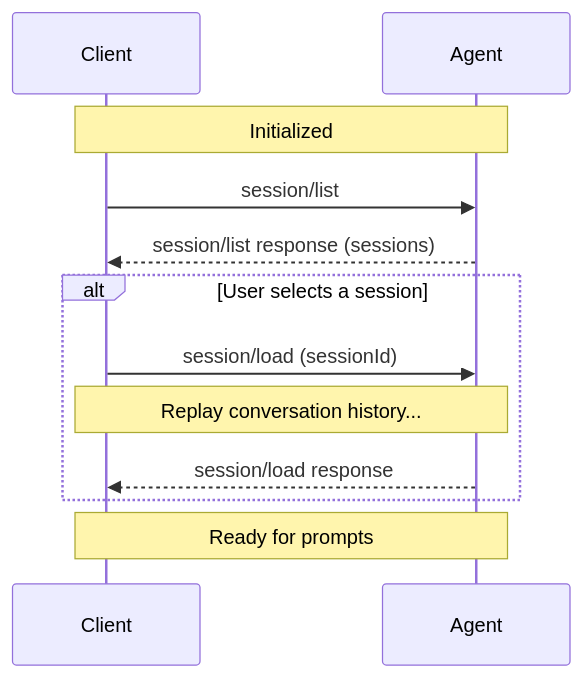
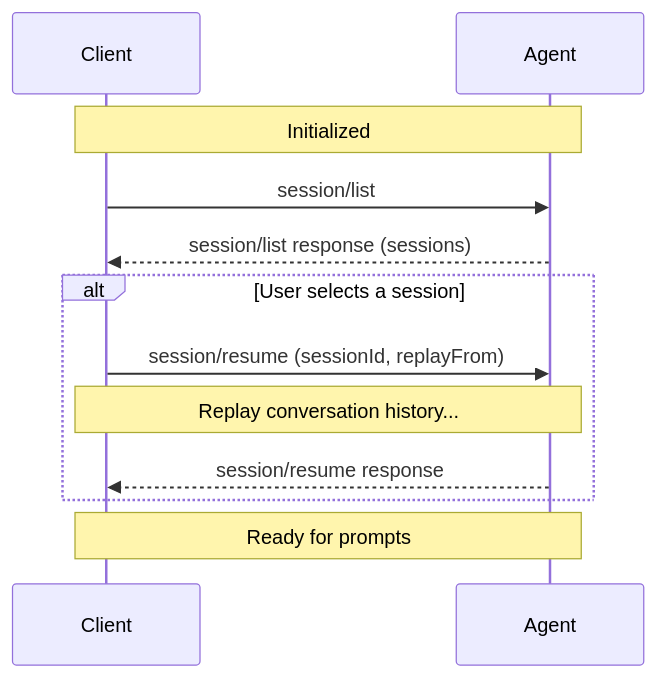
One commit to dayanruben/agent-client-protocol changed the diagram in docs/protocol/v2/draft/session-list.mdx. Above: the diagram before and after it, drawn with Mermaid. The commit also changed other lines of this file and 24 other files, not shown here.

Commit message:
feat(unstable-v2): Unify session/load and session/resume (#1584)

````diff
--- a/docs/protocol/v2/draft/session-list.mdx
+++ b/docs/protocol/v2/draft/session-list.mdx
@@ -14,18 +14,18 @@
 ```mermaid
 sequenceDiagram
     participant Client
     participant Agent
 
     Note over Agent,Client: Initialized
 
     Client->>Agent: session/list
     Agent-->>Client: session/list response (sessions)
 
     alt User selects a session
-        Client->>Agent: session/load (sessionId)
+        Client->>Agent: session/resume (sessionId, replayFrom)
         Note over Agent,Client: Replay conversation history...
-        Agent-->>Client: session/load response
+        Agent-->>Client: session/resume response
     end
 
     Note over Client,Agent: Ready for prompts
 ```
````
